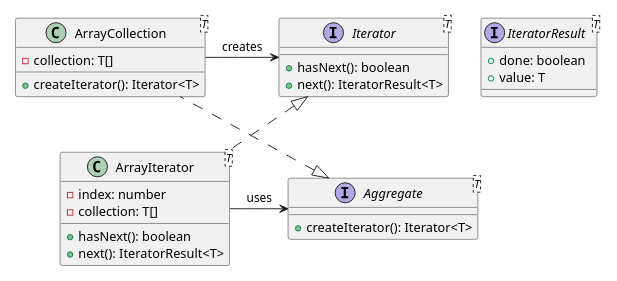
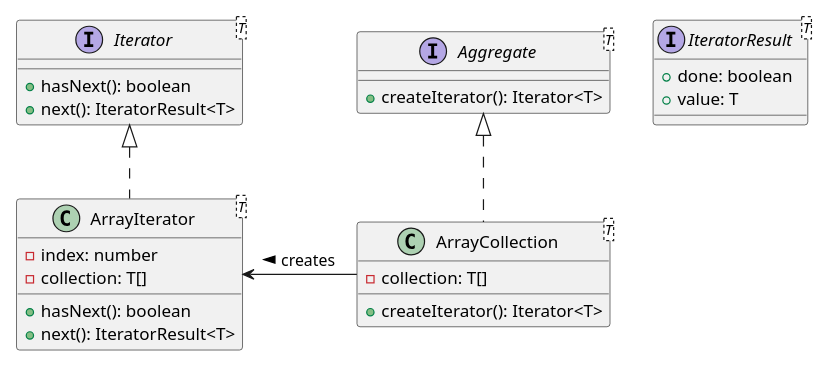
One commit to MC-Spraint/DSA-IN_TS-2024 changed the eighth of 11 diagrams in interview_prep/diagram.md. Above: the diagram before and after it, drawn with PlantUML. The commit also changed other lines of this file and 7 other files, not shown here.

```diff
--- a/interview_prep/diagram.md
+++ b/interview_prep/diagram.md
@@ -271,34 +264,30 @@
 @startuml
-scale 0.6
+scale 0.8
 
 interface Iterator<T> {
   + hasNext(): boolean
   + next(): IteratorResult<T>
 }
 
 interface Aggregate<T> {
   + createIterator(): Iterator<T>
 }
 
-class ArrayIterator<T> {
+class ArrayIterator<T> implements Iterator<T> {
   - index: number
   - collection: T[]
   + hasNext(): boolean
   + next(): IteratorResult<T>
 }
 
-class ArrayCollection<T> {
+class ArrayCollection<T> implements Aggregate<T> {
   - collection: T[]
   + createIterator(): Iterator<T>
 }
 
 interface IteratorResult<T> {
   + done: boolean
   + value: T
 }
-
-Iterator <|.. ArrayIterator
-Aggregate <|.. ArrayCollection
-ArrayCollection -right-> Iterator : creates
-ArrayIterator -right-> Aggregate : uses
+ArrayCollection -left-> ArrayIterator : creates >
 @enduml
```
